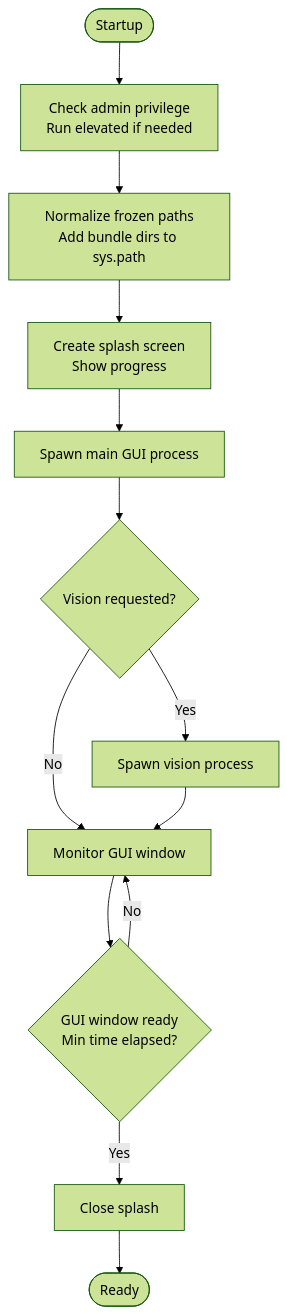
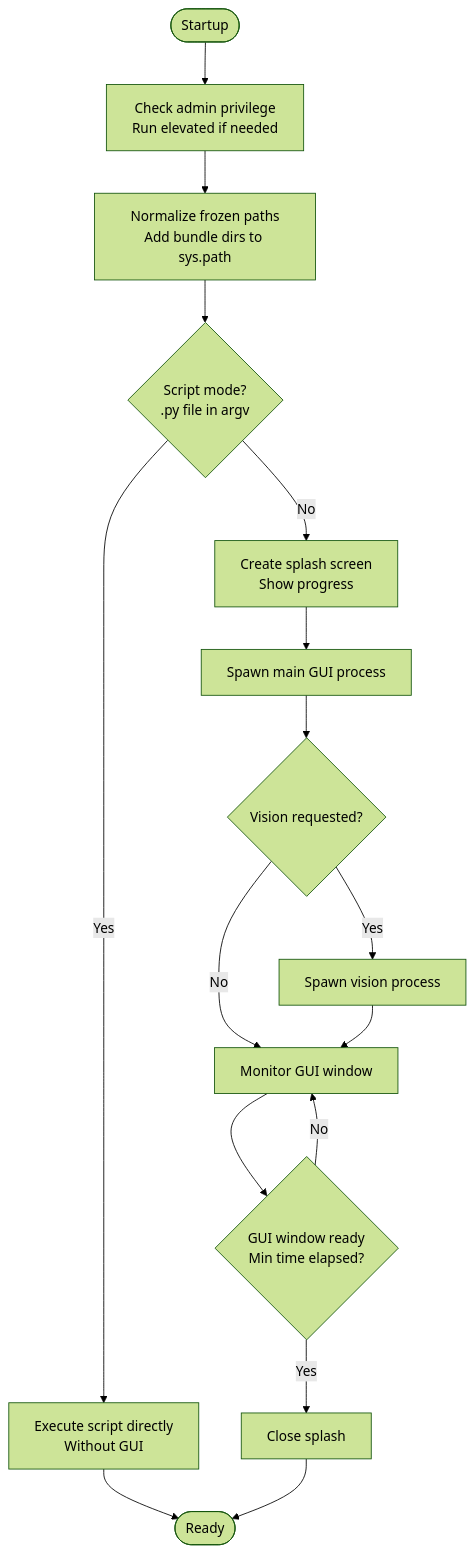
Before and after one commit to RodrigoBenitez343/Arrow: the third of 4 diagrams in .qoder/repowiki/en/content/Core Components/Application Launcher.md, drawn with Mermaid (forest theme). The commit also changed other lines of this file and 53 other files, not shown here.

````diff
--- a/.qoder/repowiki/en/content/Core Components/Application Launcher.md
+++ b/.qoder/repowiki/en/content/Core Components/Application Launcher.md
@@ -130,15 +155,18 @@
 ```mermaid
 flowchart TD
 Start(["Startup"]) --> Elevate["Check admin privilege<br/>Run elevated if needed"]
 Elevate --> FrozenPaths["Normalize frozen paths<br/>Add bundle dirs to sys.path"]
-FrozenPaths --> Splash["Create splash screen<br/>Show progress"]
+FrozenPaths --> ScriptCheck{"Script mode?<br/>.py file in argv"}
+ScriptCheck --> |Yes| ExecScript["Execute script directly<br/>Without GUI"]
+ScriptCheck --> |No| Splash["Create splash screen<br/>Show progress"]
+ExecScript --> End(["Script Complete"])
 Splash --> SpawnGUI["Spawn main GUI process"]
 SpawnGUI --> SpawnVision{"Vision requested?"}
 SpawnVision --> |Yes| SpawnVisionProc["Spawn vision process"]
 SpawnVision --> |No| Monitor["Monitor GUI window"]
 SpawnVisionProc --> Monitor
 Monitor --> Ready{"GUI window ready<br/>Min time elapsed?"}
 Ready --> |No| Monitor
 Ready --> |Yes| CloseSplash["Close splash"]
 CloseSplash --> End(["Ready"])
 ```
````
